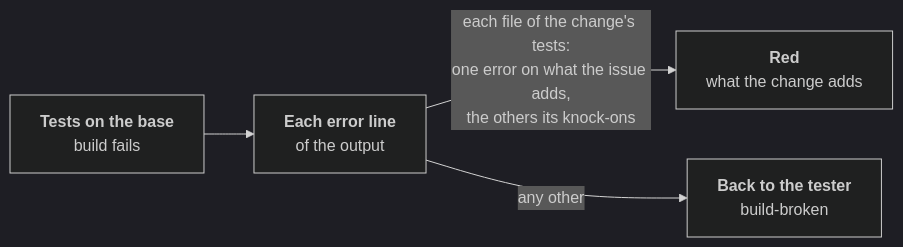
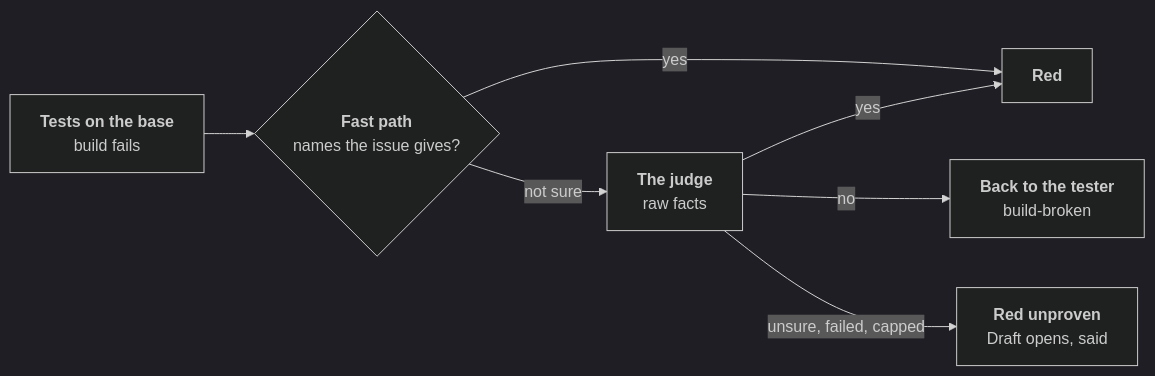
Before and after one commit to JN0V/workline: the diagram in roles/tester/docs/missing-name.md, drawn with Mermaid (dark theme). The commit also changed other lines of this file and 43 other files, not shown here.

````diff
--- a/roles/tester/docs/missing-name.md
+++ b/roles/tester/docs/missing-name.md
@@ -13,10 +15,15 @@
 ```mermaid
 flowchart LR
   run["<b>Tests on the base</b><br/>build fails"]
-  errs["<b>Each error line</b><br/>of the output"]
-  red["<b>Red</b><br/>what the change adds"]
+  fast{"<b>Fast path</b><br/>names the issue gives?"}
+  judge["<b>The judge</b><br/>raw facts"]
+  red["<b>Red</b>"]
+  unproven["<b>Red unproven</b><br/>Draft opens, said"]
   block["<b>Back to the tester</b><br/>build-broken"]
-  run --> errs
-  errs -- "each file of the change's tests:<br/>one error on what the issue adds,<br/>the others its knock-ons" --> red
-  errs -- "any other" --> block
+  run --> fast
+  fast -- "yes" --> red
+  fast -- "not sure" --> judge
+  judge -- "yes" --> red
+  judge -- "no" --> block
+  judge -- "unsure, failed, capped" --> unproven
 ```
````
